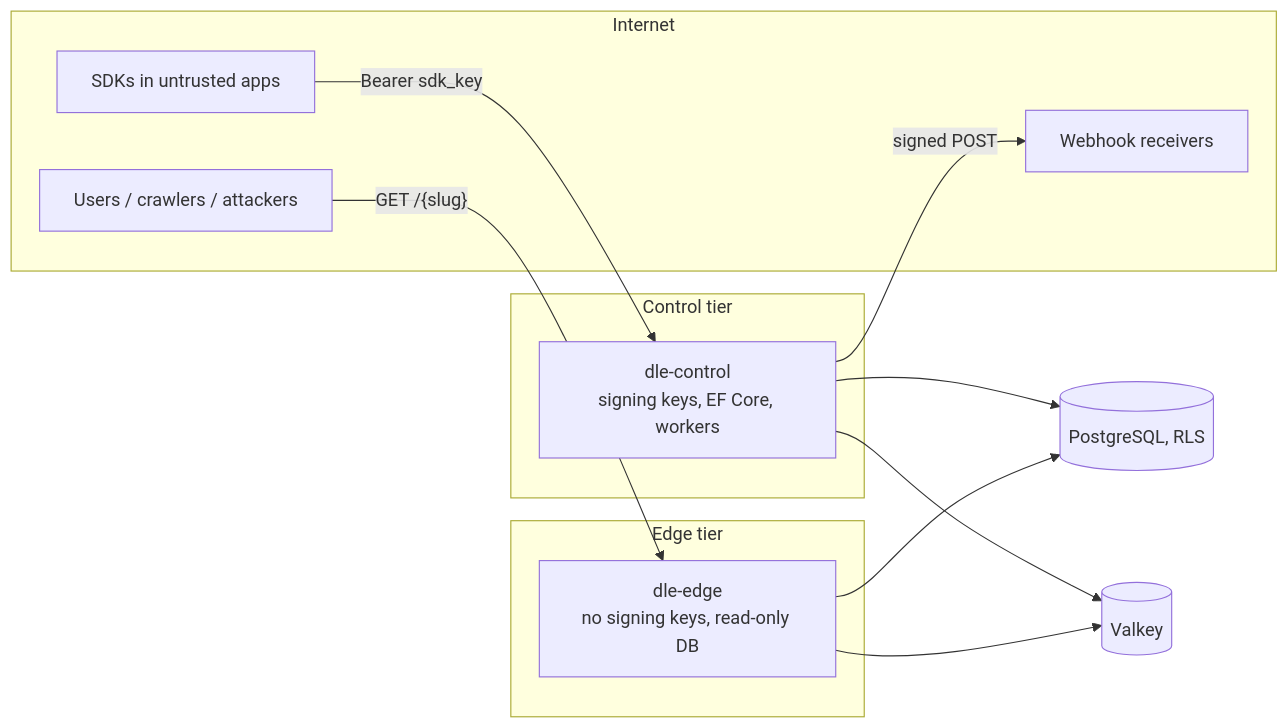
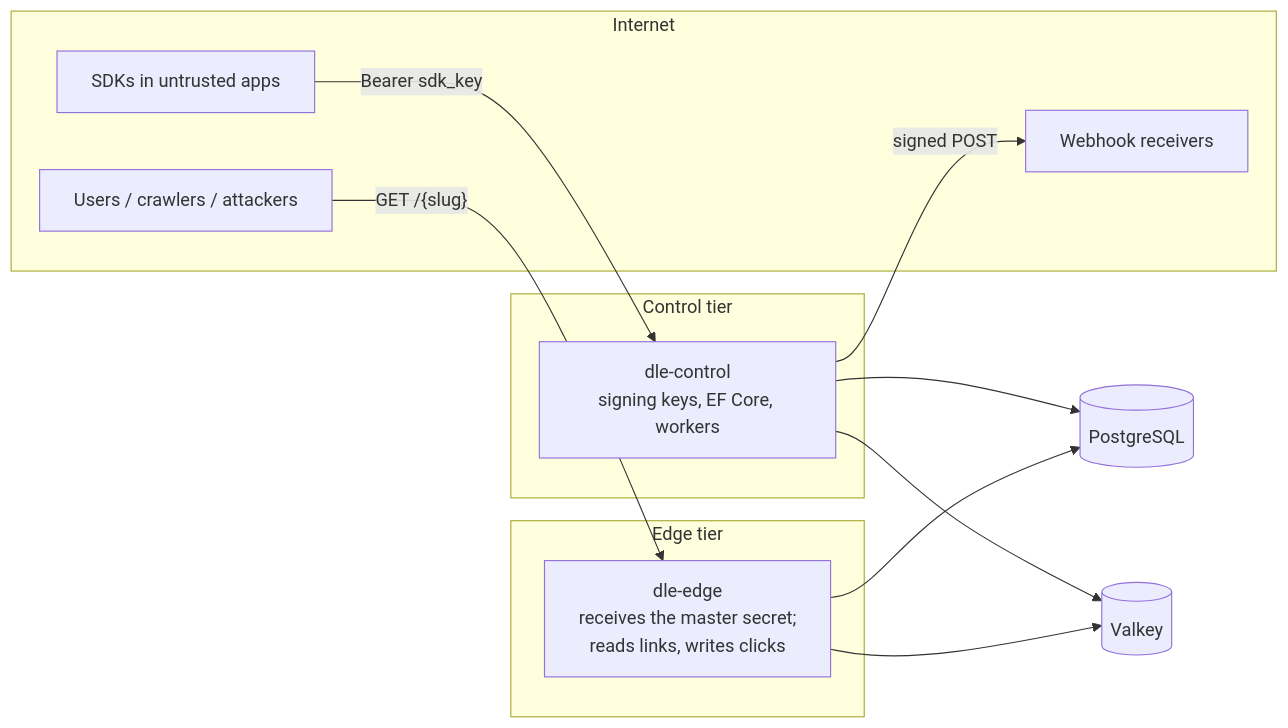
One commit to MAGORS-organisation/Deep-Links-Engine changed the first of 2 diagrams in docs/compliance/security-overview.md. Above: the diagram before and after it, drawn with Mermaid. The commit also changed other lines of this file and 4 other files, not shown here.

````diff
--- a/docs/compliance/security-overview.md
+++ b/docs/compliance/security-overview.md
@@ -10,23 +10,23 @@
 ```mermaid
 flowchart LR
   subgraph Internet
     U[Users / crawlers / attackers]
     S[SDKs in untrusted apps]
     W[Webhook receivers]
   end
   subgraph Edge tier
-    E["dle-edge<br/>no signing keys, read-only DB"]
+    E["dle-edge<br/>receives the master secret;<br/>reads links, writes clicks"]
   end
   subgraph Control tier
     C["dle-control<br/>signing keys, EF Core, workers"]
   end
-  DB[(PostgreSQL, RLS)]
+  DB[(PostgreSQL)]
   V[(Valkey)]
   U -->|"GET /{slug}"| E
   S -->|"Bearer sdk_key"| C
   C -->|"signed POST"| W
   E --> DB
   E --> V
   C --> DB
   C --> V
 ```
````
